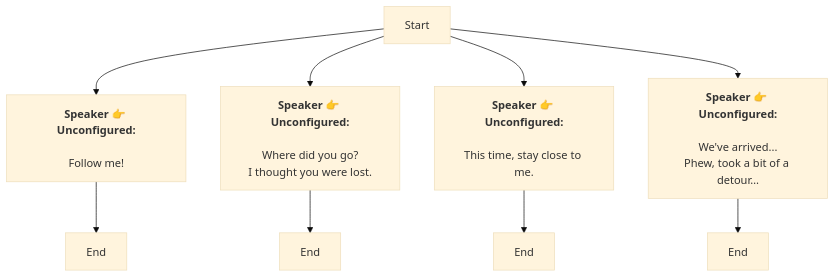
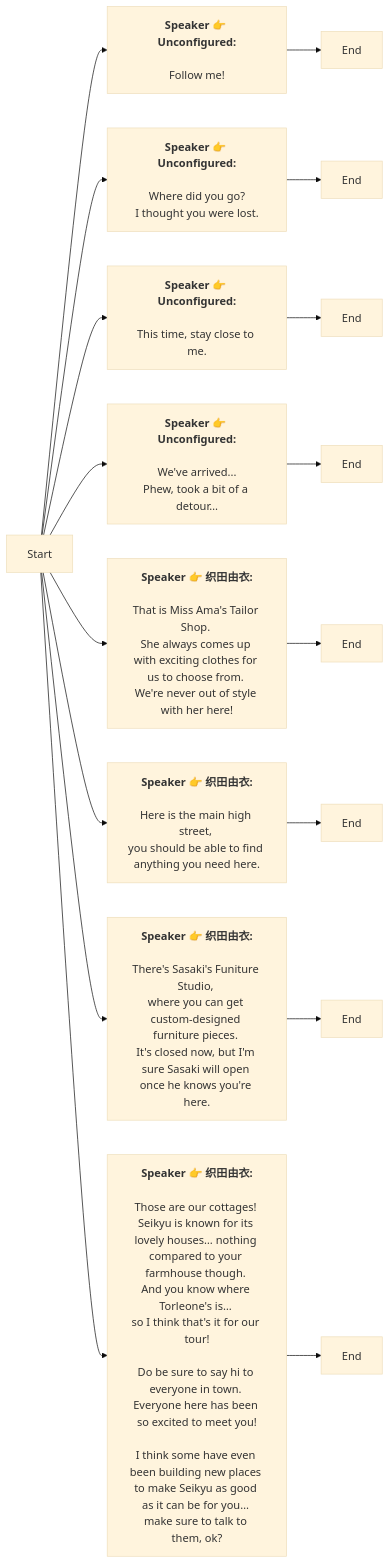
Before and after one commit to SoftHu/tos_avg: the diagram in Zh/YuiGuideTurtoril.md, drawn with Mermaid (base theme). The commit also changed 181 other files, not shown here.

````diff
--- a/Zh/YuiGuideTurtoril.md
+++ b/Zh/YuiGuideTurtoril.md
@@ -1,22 +1,53 @@
 ```mermaid
-graph
+graph LR
 Start -->1769066131689535[<b>Speaker 👉 Unconfigured:</b>
 
 Follow me!]
 1769066131689535 -->1769066092872766[End]
 Start -->1769066146257985[<b>Speaker 👉 Unconfigured:</b>
 
 Where did you go?
 I thought you were lost.]
 1769066146257985 -->1769066146257986[End]
 Start -->1769066149276740[<b>Speaker 👉 Unconfigured:</b>
 
 This time, stay close to me.]
 1769066149276740 -->1769066149276741[End]
 Start -->1769066151519303[<b>Speaker 👉 Unconfigured:</b>
 
 We've arrived...
 Phew, took a bit of a detour…]
 1769066151519303 -->1769066151519304[End]
+Start -->1772598517553340[<b>Speaker 👉 织田由衣:</b>
+
+That is Miss Ama's Tailor Shop. 
+She always comes up with exciting clothes for us to choose from. 
+We're never out of style with her here!]
+1772598517553340 -->1772344589943011[End]
+Start -->1772598505930939[<b>Speaker 👉 织田由衣:</b>
+
+Here is the main high street, 
+you should be able to find anything you need here. 
+]
+1772598505930939 -->1772344576162017[End]
+Start -->1772598518761661[<b>Speaker 👉 织田由衣:</b>
+
+There's Sasaki's Funiture Studio, 
+where you can get custom-designed furniture pieces. 
+It's closed now, but I'm sure Sasaki will open once he knows you're here.
+]
+1772598518761661 -->1772344746521829[End]
+Start -->1772598520089790[<b>Speaker 👉 织田由衣:</b>
+
+Those are our cottages! 
+Seikyu is known for its lovely houses… nothing compared to your farmhouse though. 
+And you know where Torleone's is… 
+so I think that's it for our tour!
+
+Do be sure to say hi to everyone in town. 
+Everyone here has been so excited to meet you!
+
+I think some have even been building new places to make Seikyu as good as it can be for you… make sure to talk to them, ok?]
+1772598520089790 -->1772344760857831[End]
 
  ```
````
